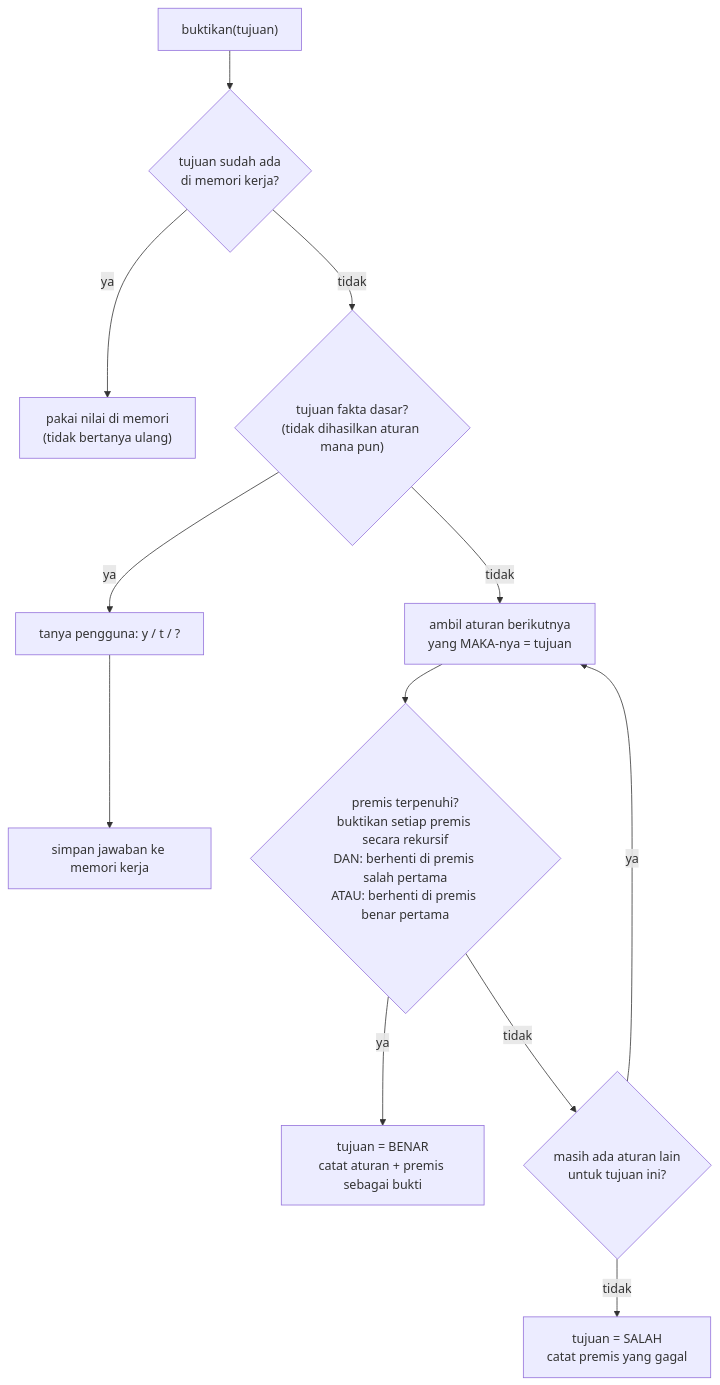
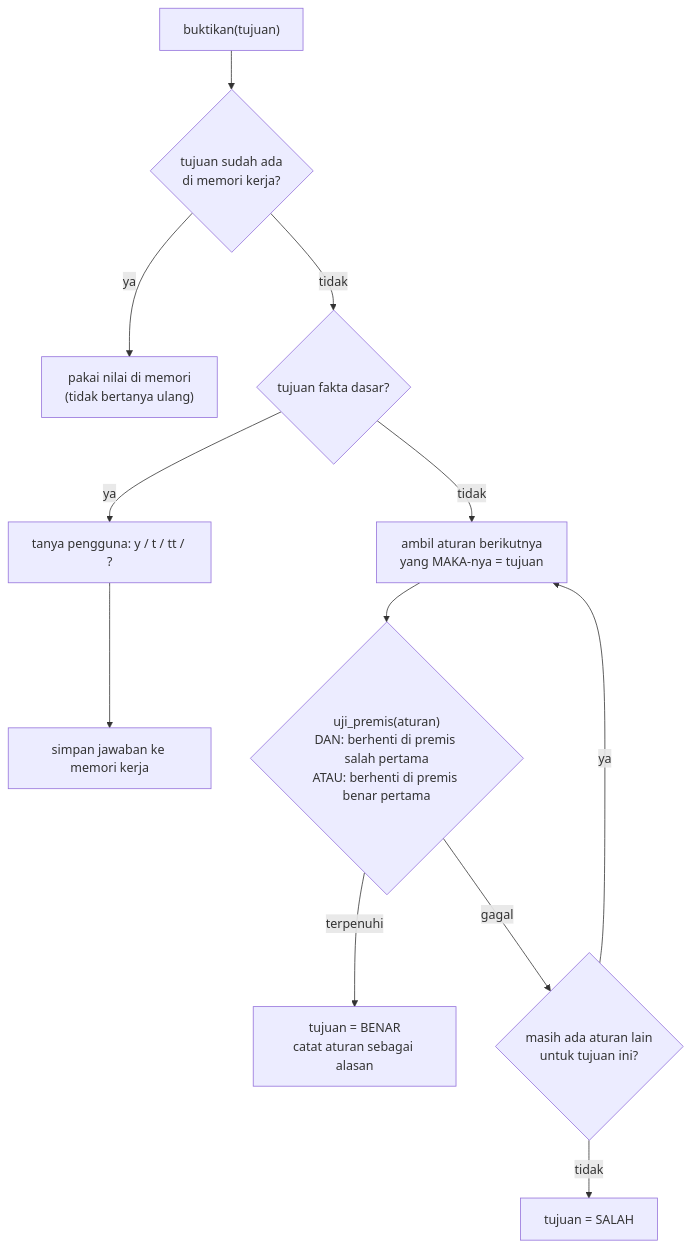
The second of 2 diagrams in README.md (avarozufaru/ai-tugas5-F1D02410059), drawn with Mermaid before and after one commit. The commit also changed other lines of this file and 12 other files, not shown here.

````diff
--- a/README.md
+++ b/README.md
@@ -254,13 +256,13 @@
 ```mermaid
 flowchart TD
     A["buktikan(tujuan)"] --> B{"tujuan sudah ada<br/>di memori kerja?"}
     B -- ya --> C["pakai nilai di memori<br/>(tidak bertanya ulang)"]
-    B -- tidak --> D{"tujuan fakta dasar?<br/>(tidak dihasilkan aturan mana pun)"}
-    D -- ya --> E["tanya pengguna: y / t / ?"] --> F["simpan jawaban ke memori kerja"]
+    B -- tidak --> D{"tujuan fakta dasar?"}
+    D -- ya --> E["tanya pengguna: y / t / tt / ?"] --> F["simpan jawaban ke memori kerja"]
     D -- tidak --> G["ambil aturan berikutnya<br/>yang MAKA-nya = tujuan"]
-    G --> H{"premis terpenuhi?<br/>buktikan setiap premis secara rekursif<br/>DAN: berhenti di premis salah pertama<br/>ATAU: berhenti di premis benar pertama"}
-    H -- ya --> I["tujuan = BENAR<br/>catat aturan + premis sebagai bukti"]
-    H -- tidak --> J{"masih ada aturan lain<br/>untuk tujuan ini?"}
+    G --> H{"uji_premis(aturan)<br/>DAN: berhenti di premis salah pertama<br/>ATAU: berhenti di premis benar pertama"}
+    H -- terpenuhi --> I["tujuan = BENAR<br/>catat aturan sebagai alasan"]
+    H -- gagal --> J{"masih ada aturan lain<br/>untuk tujuan ini?"}
     J -- ya --> G
-    J -- tidak --> K["tujuan = SALAH<br/>catat premis yang gagal"]
+    J -- tidak --> K["tujuan = SALAH"]
 ```
````
